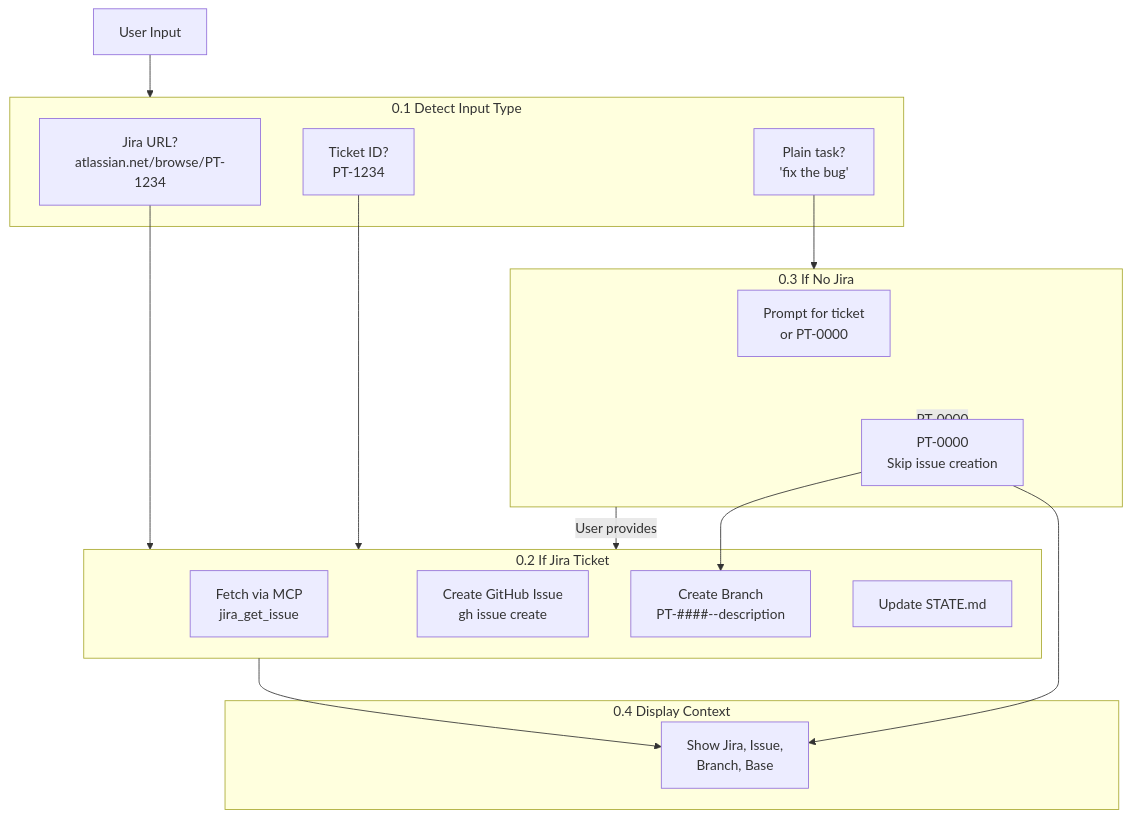
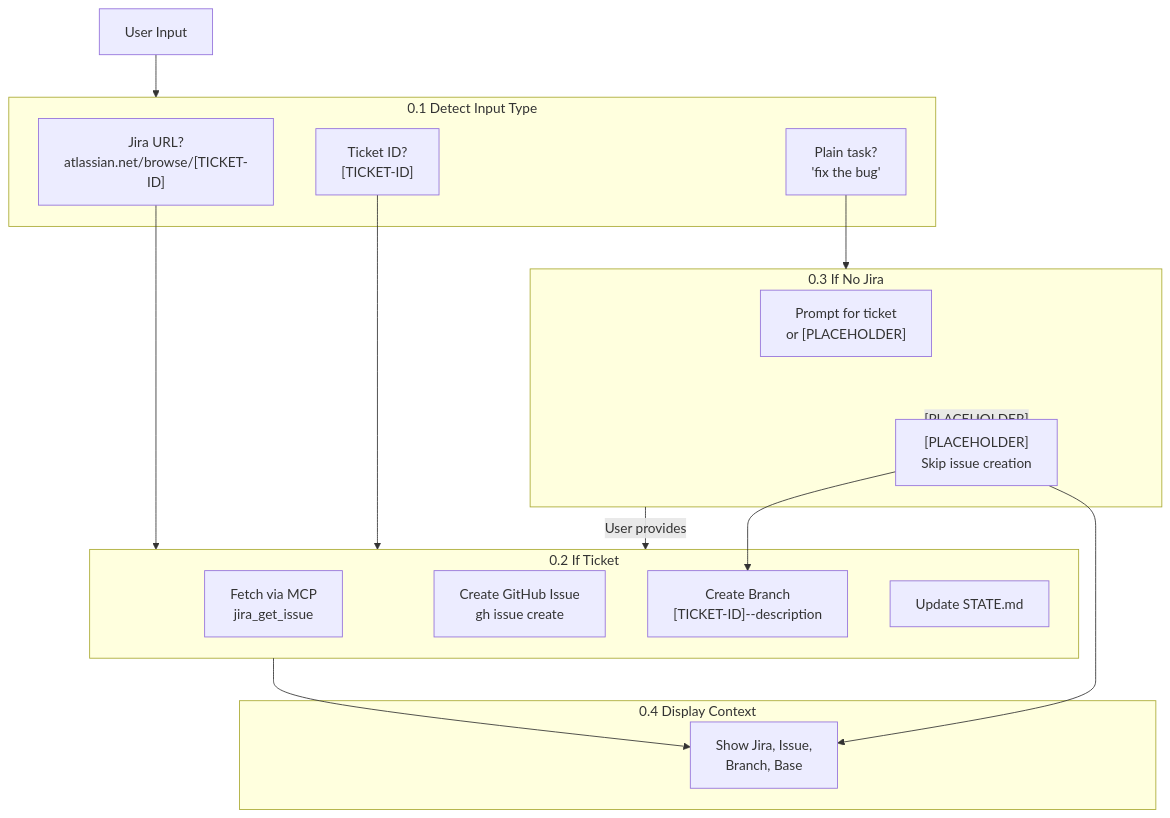
Before and after one commit to asibilia/luca-framework: the third of 14 diagrams in docs/agent-framework/luca/diagrams.md, drawn with Mermaid. The commit also changed other lines of this file and 205 other files, not shown here.

````diff
--- a/docs/agent-framework/luca/diagrams.md
+++ b/docs/agent-framework/luca/diagrams.md
@@ -117,35 +117,35 @@
 ```mermaid
 flowchart TB
     REQ["User Input"]
 
     subgraph Detect["0.1 Detect Input Type"]
-        URL["Jira URL?<br/>atlassian.net/browse/PT-1234"]
-        TICKET["Ticket ID?<br/>PT-1234"]
+        URL["Jira URL?<br/>atlassian.net/browse/[TICKET-ID]"]
+        TICKET["Ticket ID?<br/>[TICKET-ID]"]
         TASK["Plain task?<br/>'fix the bug'"]
     end
 
-    subgraph Jira["0.2 If Jira Ticket"]
+    subgraph Jira["0.2 If Ticket"]
         FETCH["Fetch via MCP<br/>jira_get_issue"]
         ISSUE["Create GitHub Issue<br/>gh issue create"]
-        BRANCH["Create Branch<br/>PT-####--description"]
+        BRANCH["Create Branch<br/>[TICKET-ID]--description"]
         STATE["Update STATE.md"]
     end
 
     subgraph Prompt["0.3 If No Jira"]
-        ASK["Prompt for ticket<br/>or PT-0000"]
-        PLACEHOLDER["PT-0000<br/>Skip issue creation"]
+        ASK["Prompt for ticket<br/>or [PLACEHOLDER]"]
+        PLACEHOLDER["[PLACEHOLDER]<br/>Skip issue creation"]
     end
 
     subgraph Display["0.4 Display Context"]
         SHOW["Show Jira, Issue,<br/>Branch, Base"]
     end
 
     REQ --> Detect
     URL --> Jira
     TICKET --> Jira
     TASK --> Prompt
     Prompt -->|"User provides"| Jira
-    Prompt -->|"PT-0000"| PLACEHOLDER --> BRANCH
+    Prompt -->|"[PLACEHOLDER]"| PLACEHOLDER --> BRANCH
     Jira --> SHOW
     PLACEHOLDER --> SHOW
 ```
````
